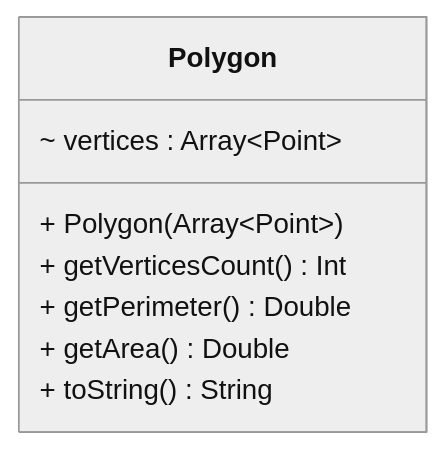
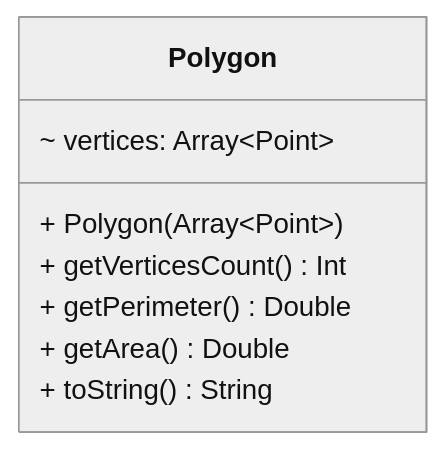
The fourth of 13 diagrams in src/main/kotlin/com/MatteV02/exercises/oop/README.md (MatteV02/kotlin-core), drawn with Mermaid (neutral theme) before and after one commit. The commit also changed other lines of this file and 8 other files, not shown here.

````diff
--- a/src/main/kotlin/com/MatteV02/exercises/oop/README.md
+++ b/src/main/kotlin/com/MatteV02/exercises/oop/README.md
@@ -156,12 +156,12 @@
 ```mermaid
 classDiagram
-direction BT
-class Polygon {
-    ~ vertices : Array~Point~
-    + Polygon(Array~Point~)
-    + getVerticesCount() Int
-    + getPerimeter() Double
-    + getArea() Double
-    + toString() String
-}
+    direction BT
+    class Polygon {
+        ~ vertices: Array~Point~
+        + Polygon(Array~Point~)
+        + getVerticesCount() Int
+        + getPerimeter() Double
+        + getArea() Double
+        + toString() String
+    }
 ```
````
